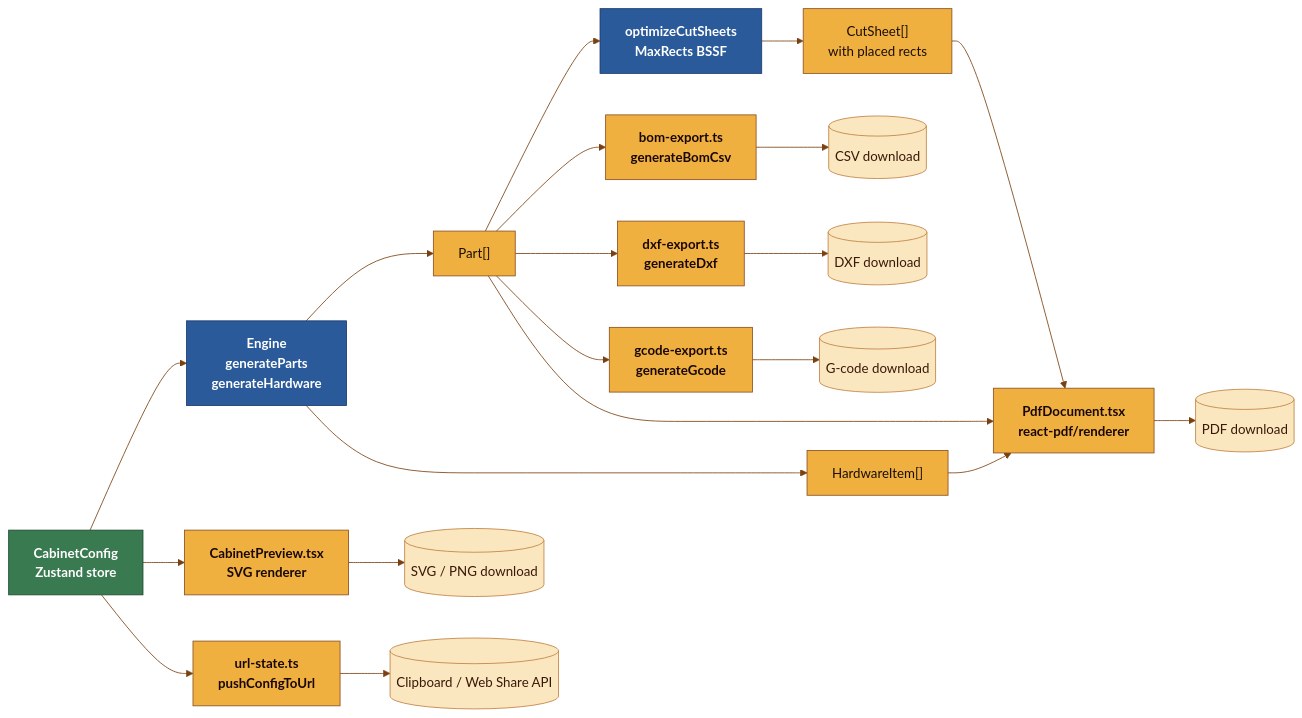
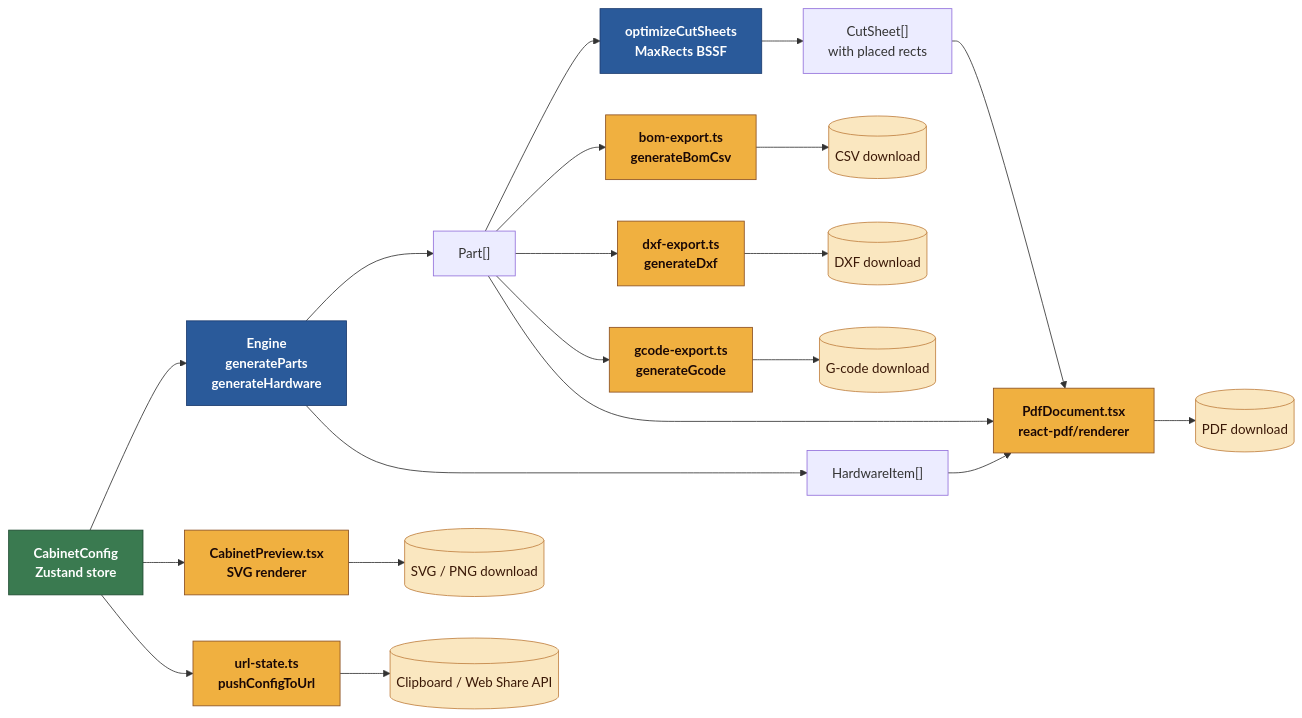
Before and after one commit to RajwanYair/WoodworkingShop: the sixth of 8 diagrams in docs/ARCHITECTURE.md, drawn with Mermaid. The commit also changed other lines of this file and 2 other files, not shown here.

First line of the commit message:
docs(md-audit): slim ROADMAP −263L, strip ARCHITECTURE Mermaid init blocks, add AGENTS.md

````diff
--- a/docs/ARCHITECTURE.md
+++ b/docs/ARCHITECTURE.md
@@ -356,38 +355,37 @@
 ```mermaid
-%%{init: {'theme': 'base', 'themeVariables': {'primaryColor': '#f0b040', 'primaryTextColor': '#1a0e06', 'primaryBorderColor': '#8b5022', 'lineColor': '#7a4010', 'edgeLabelBackground': '#fef7ed'}}}%%
 graph LR
   config["CabinetConfig\nZustand store"] --> engine["Engine\ngenerateParts\ngenerateHardware"]
   engine --> parts["Part[]"]
   engine --> hw["HardwareItem[]"]
   parts --> opt["optimizeCutSheets\nMaxRects BSSF"]
   opt --> sheets["CutSheet[]\nwith placed rects"]
 
   parts --> bom["bom-export.ts\ngenerateBomCsv"]
   bom --> csv[("CSV download")]
 
   parts --> dxf["dxf-export.ts\ngenerateDxf"]
   dxf --> dxffile[("DXF download")]
 
   parts --> gcode["gcode-export.ts\ngenerateGcode"]
   gcode --> gcfile[("G-code download")]
 
   sheets --> pdf["PdfDocument.tsx\nreact-pdf/renderer"]
   hw --> pdf
   parts --> pdf
   pdf --> pdffile[("PDF download")]
 
   config --> preview["CabinetPreview.tsx\nSVG renderer"]
   preview --> svgpng[("SVG / PNG download")]
 
   config --> url["url-state.ts\npushConfigToUrl"]
   url --> share[("Clipboard / Web Share API")]
 
   classDef store fill:#3a7a50,stroke:#1e4a30,color:#fff,font-weight:bold
   classDef engine fill:#2a5a9a,stroke:#1a3a6e,color:#fff,font-weight:bold
   classDef file fill:#f0b040,stroke:#8b5022,color:#1a0806,font-weight:bold
   classDef output fill:#fae7c0,stroke:#c08040,color:#3a1806
   class config store
   class engine,opt engine
   class bom,dxf,gcode,pdf,preview,url file
   class csv,dxffile,gcfile,pdffile,svgpng,share output
 ```
````
